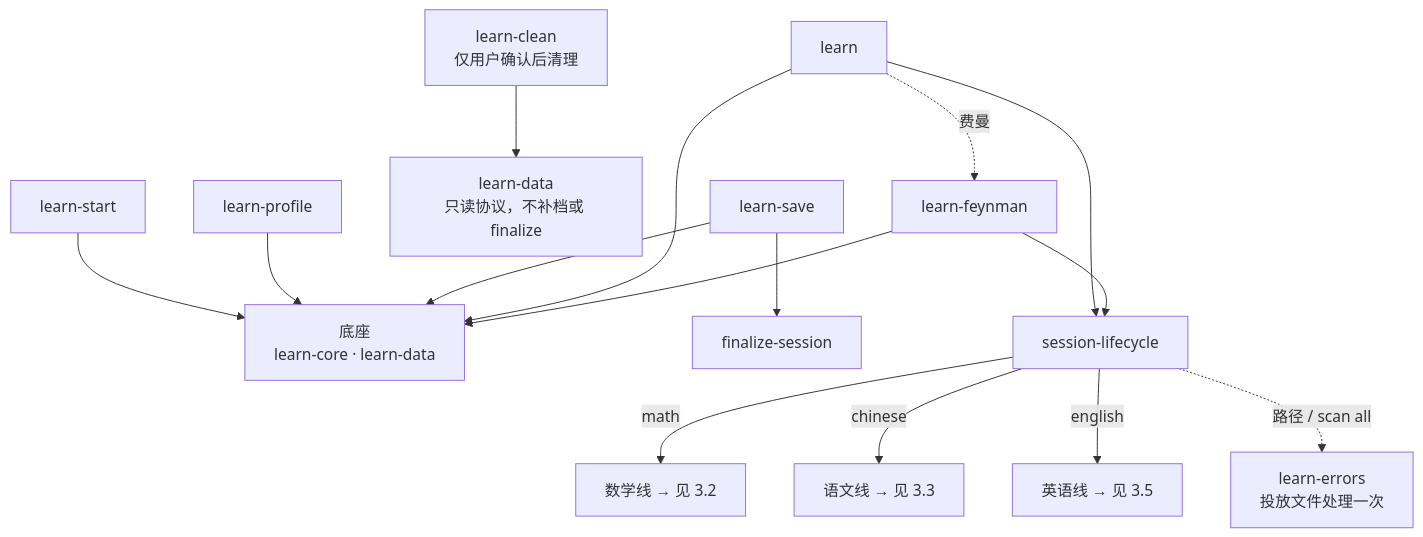
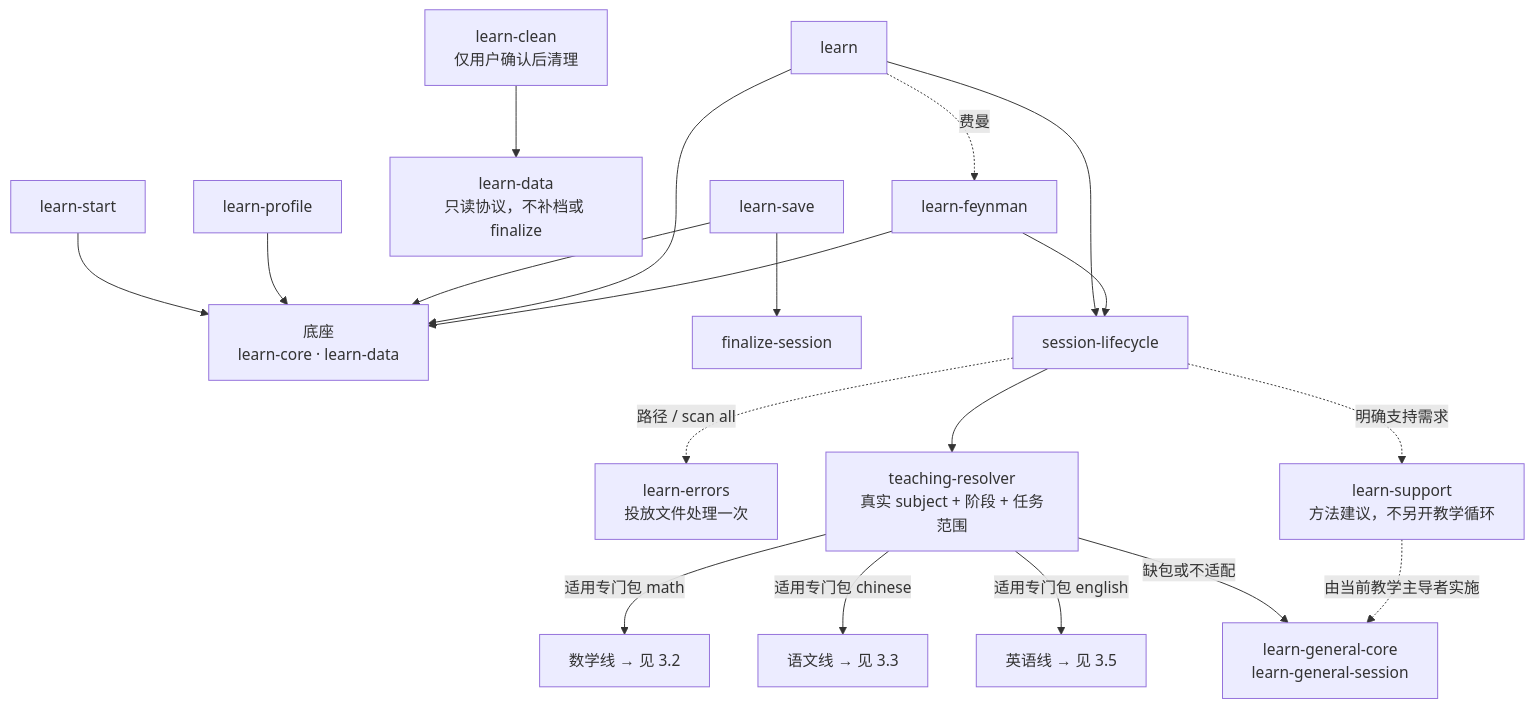
Before and after one commit to gengyabc/baicai-edu: the third of 20 diagrams in docs/skill-map/call-graph.md, drawn with Mermaid. The commit also changed other lines of this file and 45 other files, not shown here.

Commit message:
Add general teaching and evidence-aware learning support

````diff
--- a/docs/skill-map/call-graph.md
+++ b/docs/skill-map/call-graph.md
@@ -95,22 +95,26 @@
 ```mermaid
 flowchart TB
   learn_start["learn-start"] --> B["底座<br/>learn-core · learn-data"]
   learn_profile["learn-profile"] --> B
   learn_clean["learn-clean<br/>仅用户确认后清理"] --> LD_CLEAN["learn-data<br/>只读协议，不补档或 finalize"]
   learn_save["learn-save"] --> B
   learn_save --> FZ["finalize-session"]
   learn --> B
   learn --> SL["session-lifecycle"]
   learn_feynman["learn-feynman"] --> B
   learn_feynman --> SL
   Math["数学线 → 见 3.2"]
   Chinese["语文线 → 见 3.3"]
   English["英语线 → 见 3.5"]
   LE["learn-errors<br/>投放文件处理一次"]
 
-  SL -->|math| Math
-  SL -->|chinese| Chinese
-  SL -->|english| English
+  SL --> Resolver["teaching-resolver<br/>真实 subject + 阶段 + 任务范围"]
+  Resolver -->|适用专门包 math| Math
+  Resolver -->|适用专门包 chinese| Chinese
+  Resolver -->|适用专门包 english| English
+  Resolver -->|缺包或不适配| General["learn-general-core<br/>learn-general-session"]
+  SL -.->|明确支持需求| Support["learn-support<br/>方法建议，不另开教学循环"]
+  Support -.->|由当前教学主导者实施| General
   SL -.->|路径 / scan all| LE
   learn -.->|费曼| learn_feynman
 ```
````
